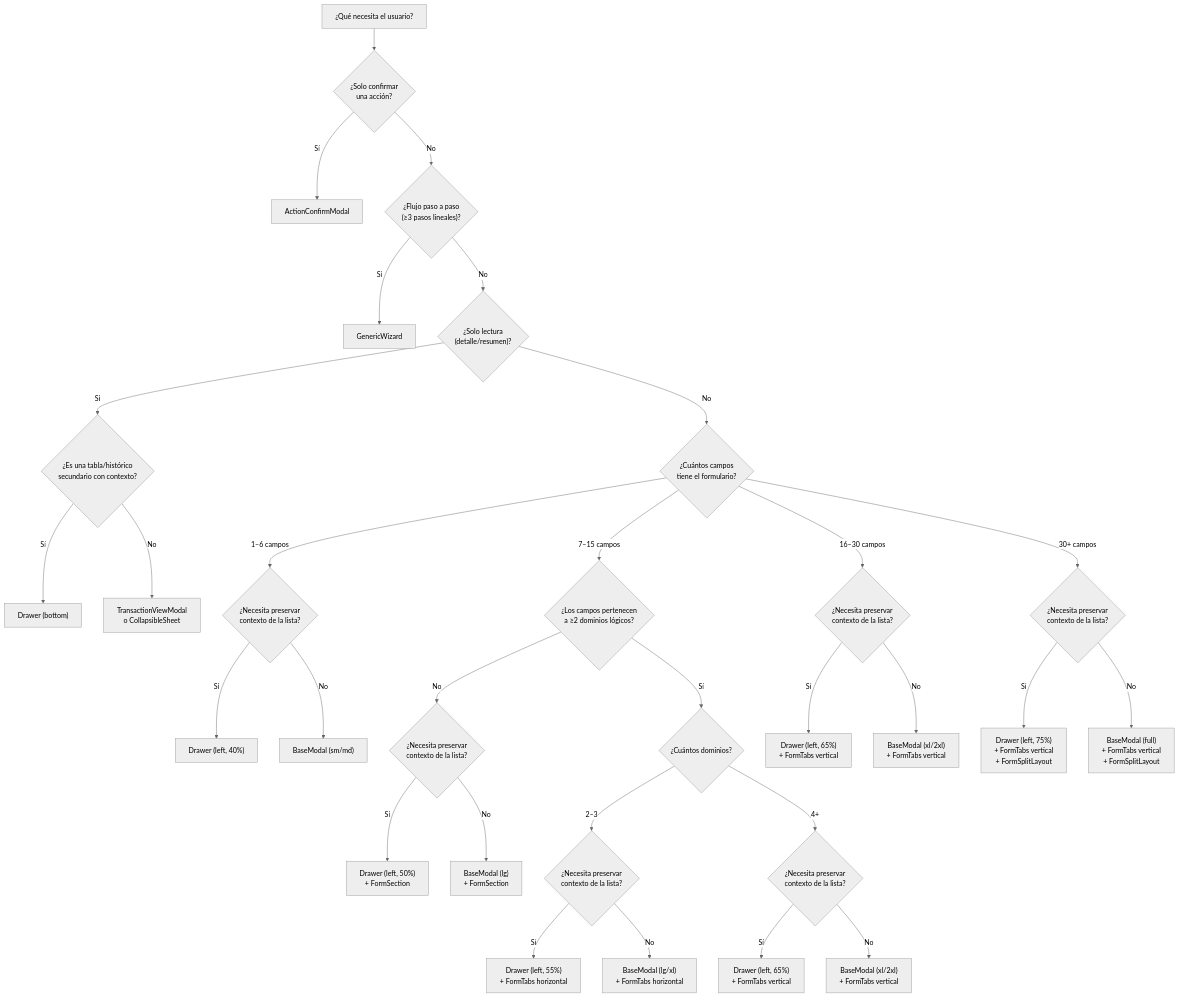
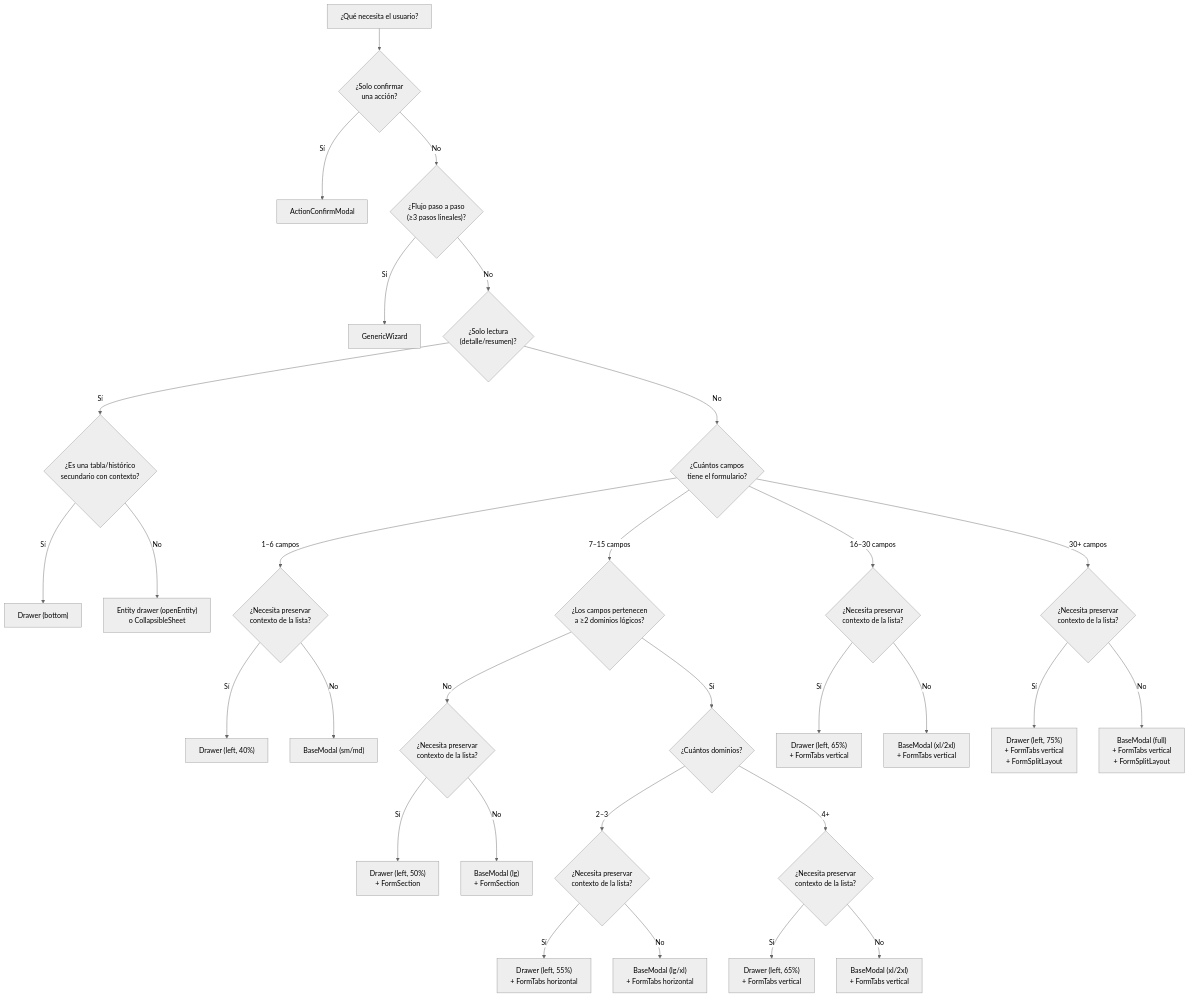
The first of 3 diagrams in docs/20-contracts/component-form-patterns.md (Patricoaa/ERPGrafico), drawn with Mermaid (neutral theme) before and after one commit. The commit also changed other lines of this file and 11 other files, not shown here.

First line of the commit message:
docs: document entity-drawer subsystem (ADR-0028) + retire TransactionViewModal

````diff
--- a/docs/20-contracts/component-form-patterns.md
+++ b/docs/20-contracts/component-form-patterns.md
@@ -30,32 +30,32 @@
 ```mermaid
 graph TD
     START["¿Qué necesita el usuario?"] --> Q1{"¿Solo confirmar<br/>una acción?"}
     Q1 -->|Sí| ACM["ActionConfirmModal"]
     Q1 -->|No| Q2{"¿Flujo paso a paso<br/>(≥3 pasos lineales)?"}
     Q2 -->|Sí| WIZ["GenericWizard"]
     Q2 -->|No| Q3{"¿Solo lectura<br/>(detalle/resumen)?"}
     Q3 -->|Sí| Q_READONLY{"¿Es una tabla/histórico<br/>secundario con contexto?"}
     Q_READONLY -->|Sí| DRAWER["Drawer (bottom)"]
-    Q_READONLY -->|No| TVM["TransactionViewModal<br/>o CollapsibleSheet"]
+    Q_READONLY -->|No| TVM["Entity drawer (openEntity)<br/>o CollapsibleSheet"]
     Q3 -->|No| Q4{"¿Cuántos campos<br/>tiene el formulario?"}
     Q4 -->|"1–6 campos"| Q_CONTEXT{"¿Necesita preservar<br/>contexto de la lista?"}
     Q_CONTEXT -->|Sí| SIMPLE_DRAWER["Drawer (left, 40%)"]
     Q_CONTEXT -->|No| SIMPLE["BaseModal (sm/md)"]
     Q4 -->|"7–15 campos"| Q5{"¿Los campos pertenecen<br/>a ≥2 dominios lógicos?"}
     Q5 -->|No| Q_CONTEXT2{"¿Necesita preservar<br/>contexto de la lista?"}
     Q_CONTEXT2 -->|Sí| STD_DRAWER["Drawer (left, 50%)<br/>+ FormSection"]
     Q_CONTEXT2 -->|No| STANDARD["BaseModal (lg)<br/>+ FormSection"]
     Q5 -->|Sí| Q6{"¿Cuántos dominios?"}
     Q6 -->|"2–3"| TABS_H_Q{"¿Necesita preservar<br/>contexto de la lista?"}
     TABS_H_Q -->|Sí| TABS_H_DRAWER["Drawer (left, 55%)<br/>+ FormTabs horizontal"]
     TABS_H_Q -->|No| TABS_H["BaseModal (lg/xl)<br/>+ FormTabs horizontal"]
     Q6 -->|"4+"| TABS_V_Q{"¿Necesita preservar<br/>contexto de la lista?"}
     TABS_V_Q -->|Sí| TABS_V_DRAWER["Drawer (left, 65%)<br/>+ FormTabs vertical"]
     TABS_V_Q -->|No| TABS_V["BaseModal (xl/2xl)<br/>+ FormTabs vertical"]
     Q4 -->|"16–30 campos"| Q_COMPLEX{"¿Necesita preservar<br/>contexto de la lista?"}
     Q_COMPLEX -->|Sí| COMPLEX_DRAWER["Drawer (left, 65%)<br/>+ FormTabs vertical"]
     Q_COMPLEX -->|No| COMPLEX["BaseModal (xl/2xl)<br/>+ FormTabs vertical"]
     Q4 -->|"30+ campos"| Q_MASTER{"¿Necesita preservar<br/>contexto de la lista?"}
     Q_MASTER -->|Sí| MASTER_DRAWER["Drawer (left, 75%)<br/>+ FormTabs vertical<br/>+ FormSplitLayout"]
     Q_MASTER -->|No| MASTER["BaseModal (full)<br/>+ FormTabs vertical<br/>+ FormSplitLayout"]
 ```
````
